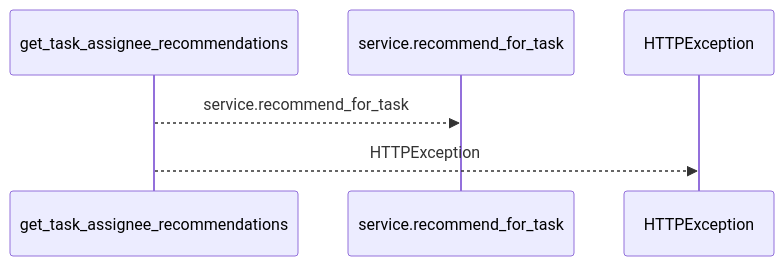
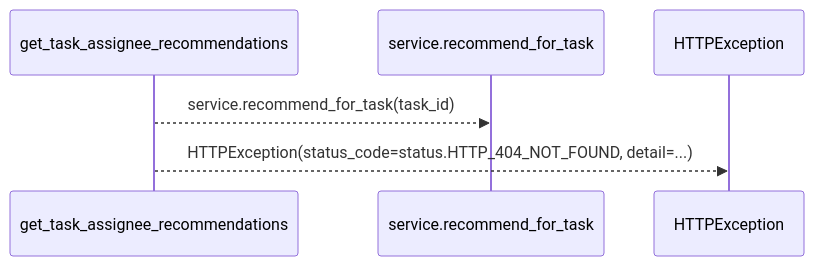
Before and after one commit to Denissvgn/WorkChord: the first of 2 diagrams in docs/llm_wiki/flows/http-get_task_assignee_recommendations.md, drawn with Mermaid. The commit also changed other lines of this file and 25171 other files, not shown here.

````diff
--- a/docs/llm_wiki/flows/http-get_task_assignee_recommendations.md
+++ b/docs/llm_wiki/flows/http-get_task_assignee_recommendations.md
@@ -10,8 +12,8 @@
 ```mermaid
 sequenceDiagram
     participant p0 as get_task_assignee_recommendations
     participant p1 as service.recommend_for_task
     participant p2 as HTTPException
-    p0-->>p1: service.recommend_for_task
-    p0-->>p2: HTTPException
+    p0-->>p1: service.recommend_for_task(task_id)
+    p0-->>p2: HTTPException(status_code=status.HTTP_404_NOT_FOUND, detail=...)
 ```
````
